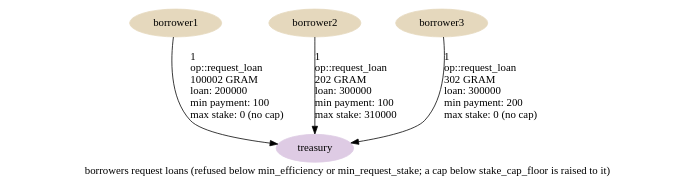
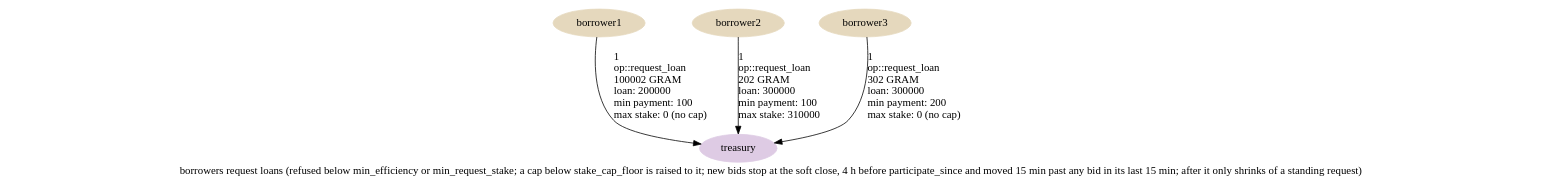
One commit to HipoFinance/contract changed the diagram in graphs/04-request-loan.dot. Above: the diagram before and after it, drawn with Graphviz. The commit also changed 10 other files, not shown here.

First line of the commit message:
Soft close of the loan auction; record the floors release as deployed

```diff
--- a/graphs/04-request-loan.dot
+++ b/graphs/04-request-loan.dot
@@ -1,17 +1,17 @@
 digraph {
-    label="borrowers request loans (refused below min_efficiency or min_request_stake; a cap below stake_cap_floor is raised to it)"
+    label="borrowers request loans (refused below min_efficiency or min_request_stake; a cap below stake_cap_floor is raised to it; new bids stop at the soft close, 4 h before participate_since and moved 15 min past any bid in its last 15 min; after it only shrinks of a standing request)"
     node [ colorscheme=pastel19 style=filled ]
 
     /* Entities */
     borrower1, borrower2, borrower3 [ color=7 ]
     treasury [ color=4 ]
 
     /* Relationships */
     borrower1 -> treasury [ label="1\l op::request_loan\l 100002 GRAM\l loan: 200000\l min payment: 100\l max stake: 0 (no cap)\l" ]
     borrower2 -> treasury [ label="1\l op::request_loan\l 202 GRAM\l loan: 300000\l min payment: 100\l max stake: 310000\l" ]
     borrower3 -> treasury [ label="1\l op::request_loan\l 302 GRAM\l loan: 300000\l min payment: 200\l max stake: 0 (no cap)\l" ]
 
     /* Ranks */
     { rank=min borrower1 borrower2 borrower3 }
     { rank=max treasury }
 }
```
